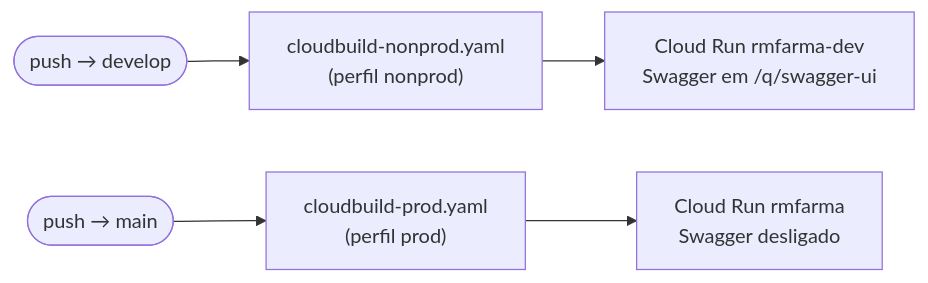
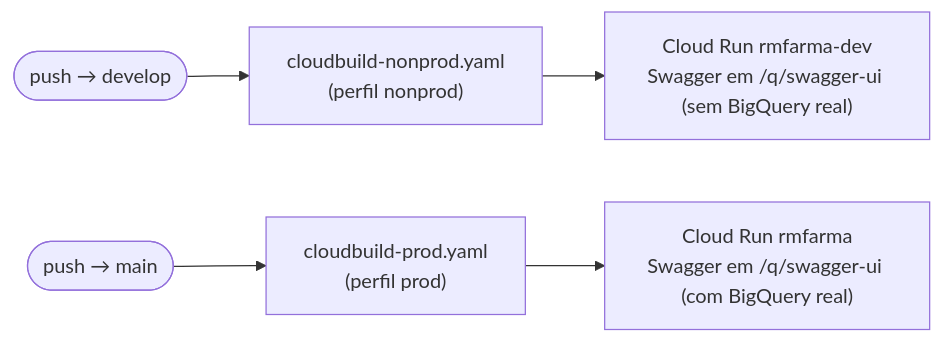
One commit to rm-farma/pharma-hub changed the third of 3 diagrams in README.md. Above: the diagram before and after it, drawn with Mermaid. The commit also changed other lines of this file, not shown here.

Commit message:
docs(readme): atualiza referências de Swagger para refletir prod habilitado

````diff
--- a/README.md
+++ b/README.md
@@ -225,5 +227,5 @@
 ```mermaid
 flowchart LR
-    D(["push → develop"]) --> CBD["cloudbuild-nonprod.yaml\n(perfil nonprod)"] --> RD["Cloud Run rmfarma-dev\nSwagger em /q/swagger-ui"]
-    M(["push → main"]) --> CBM["cloudbuild-prod.yaml\n(perfil prod)"] --> RM["Cloud Run rmfarma\nSwagger desligado"]
+    D(["push → develop"]) --> CBD["cloudbuild-nonprod.yaml\n(perfil nonprod)"] --> RD["Cloud Run rmfarma-dev\nSwagger em /q/swagger-ui (sem BigQuery real)"]
+    M(["push → main"]) --> CBM["cloudbuild-prod.yaml\n(perfil prod)"] --> RM["Cloud Run rmfarma\nSwagger em /q/swagger-ui (com BigQuery real)"]
 ```
````
